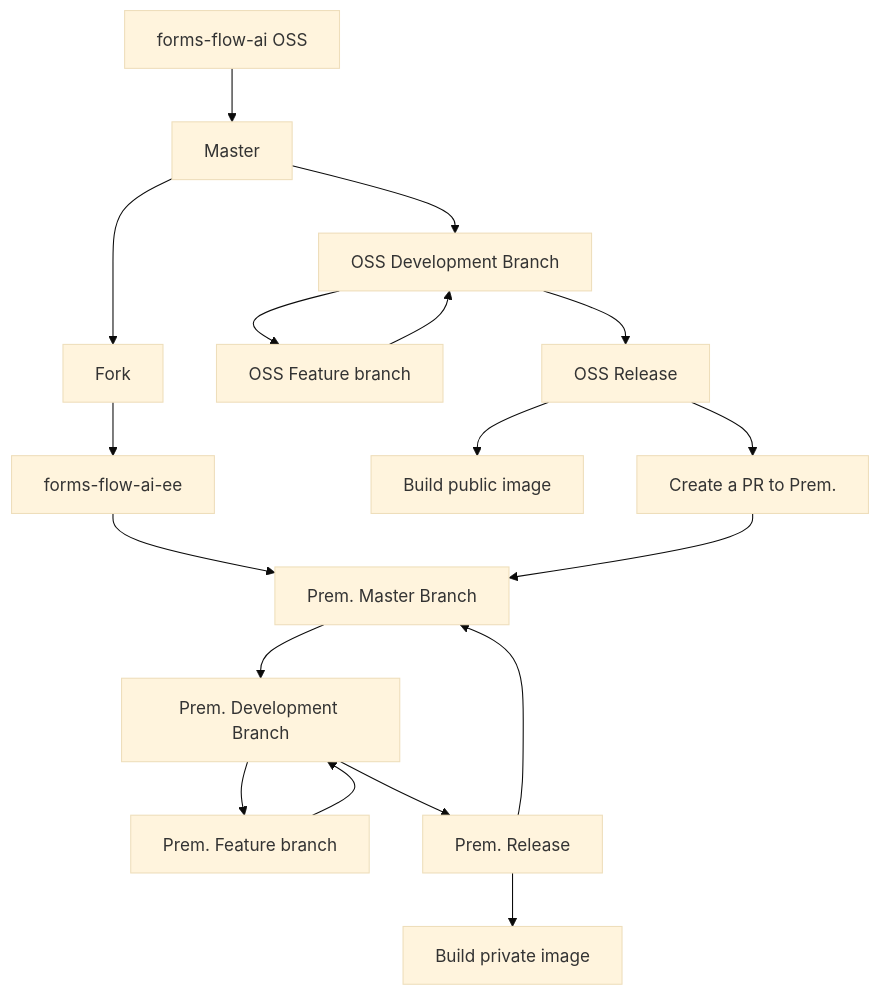
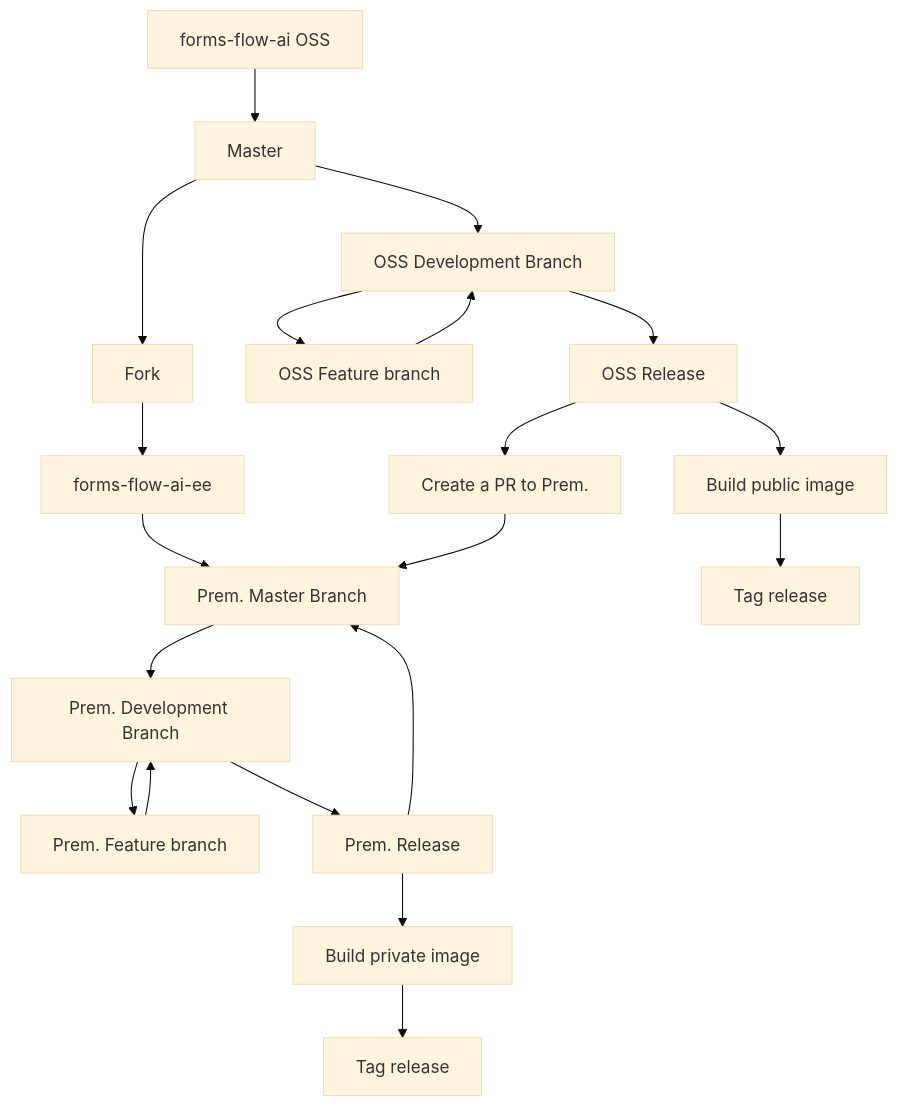
One commit to sumesh-aot/forms-flow-ai-rfcs changed the second of 2 diagrams in rfcs/packaging-changes.md. Above: the diagram before and after it, drawn with Mermaid (base theme).

````diff
--- a/rfcs/packaging-changes.md
+++ b/rfcs/packaging-changes.md
@@ -40,22 +40,24 @@
 ```mermaid
 graph TD
   S1[forms-flow-ai OSS] --> C2[Master]
   C2 --> S2[Fork]
   S2 --> S3[forms-flow-ai-ee]
   S3 --> S4[Prem. Master Branch]
   S4 --> C3[Prem. Development Branch]
   C3 --> C4[Prem. Feature branch]
   C4 --> C3
   C3 --> C5[Prem. Release]
   C5 --> C6[Build private image]
+  C6 --> C7[Tag release]
   C5 --> S4
 
   C2 --> O3[OSS Development Branch]
   O3 --> O4[OSS Feature branch]
   O4 --> O3
   O3 --> O5[OSS Release]
   O5 --> O6[Build public image]
+  O6 --> O8[Tag release]
   O5 --> O7[Create a PR to Prem.]
   O7 --> S4
 
 ```
````
